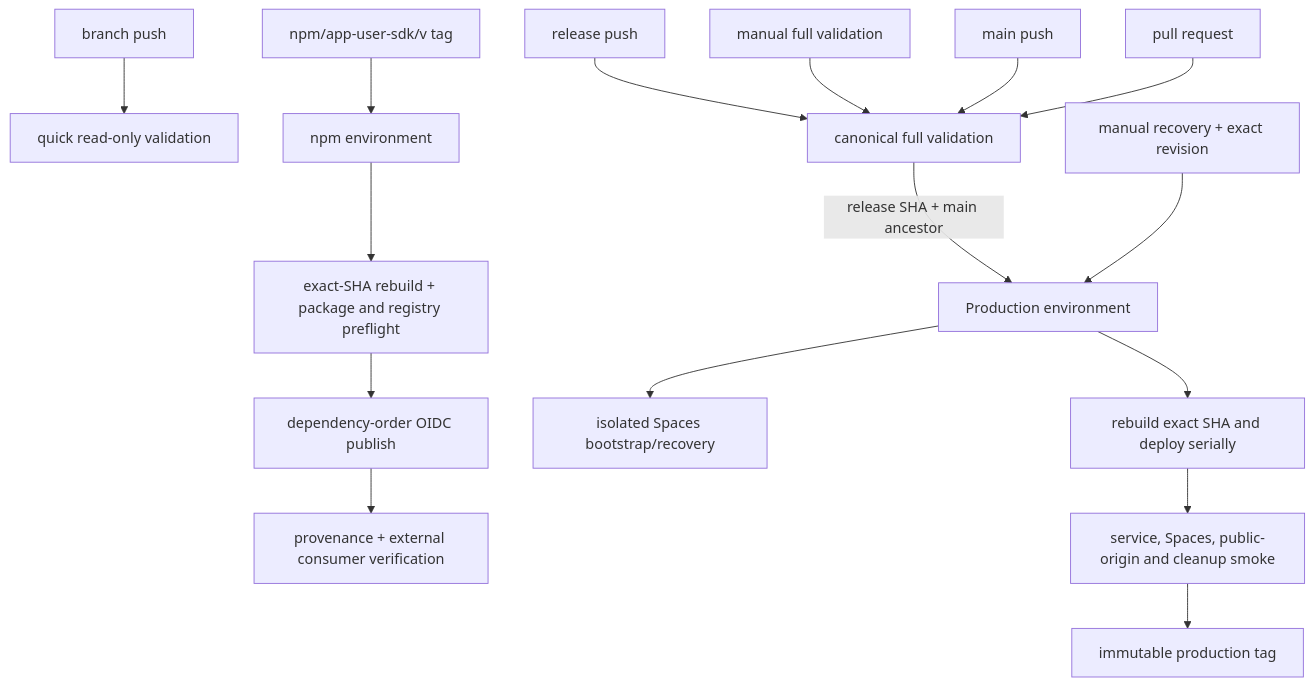
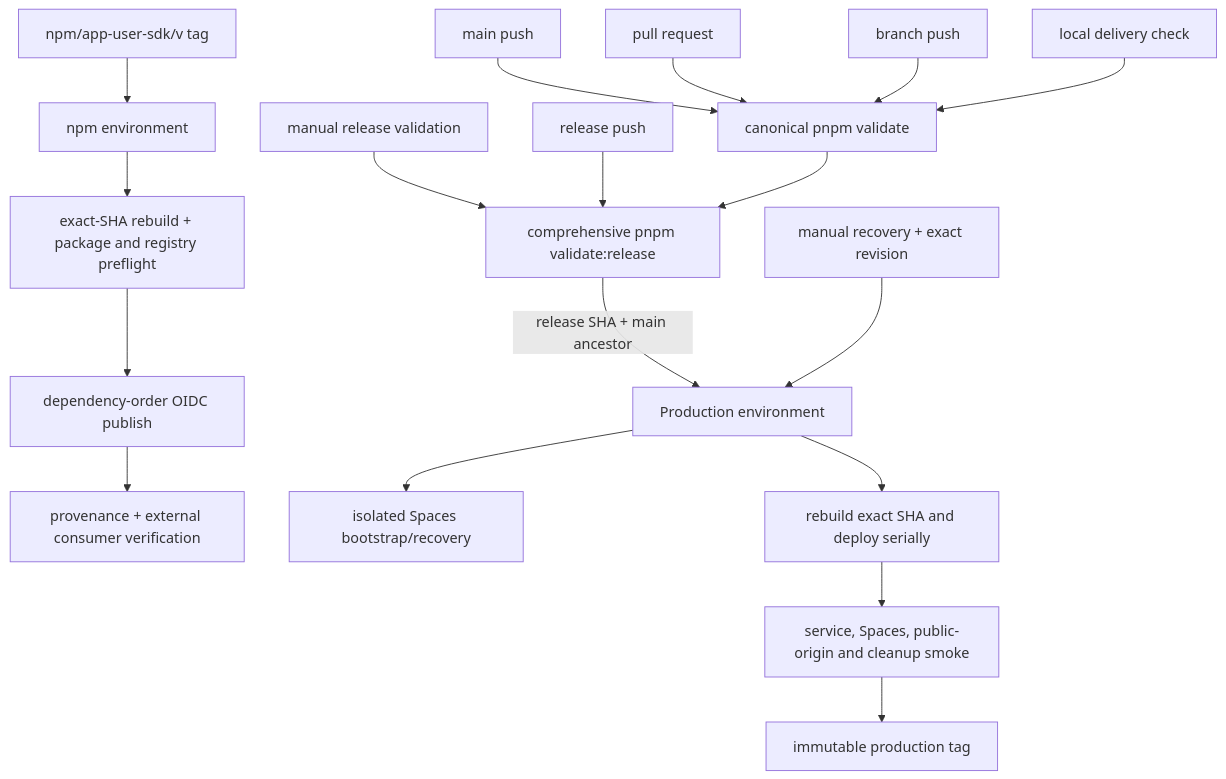
The diagram in tasks/simplify-validation-and-release-workflows/WorkflowArchitectureReview.md (shazhou-ww/unicas), drawn with Mermaid before and after one commit. The commit also changed other lines of this file and 1 other file, not shown here.

Commit message:
docs: unify local and CI validation design

````diff
--- a/tasks/simplify-validation-and-release-workflows/WorkflowArchitectureReview.md
+++ b/tasks/simplify-validation-and-release-workflows/WorkflowArchitectureReview.md
@@ -29,20 +29,22 @@
 ```mermaid
 flowchart TD
-  BP[branch push] --> Q[quick read-only validation]
-  PR[pull request] --> F[canonical full validation]
-  MAIN[main push] --> F
-  MANUAL[manual full validation] --> F
-  REL[release push] --> F
-  F -->|release SHA + main ancestor| PE[Production environment]
+  LOCAL[local delivery check] --> V[canonical pnpm validate]
+  BP[branch push] --> V
+  PR[pull request] --> V
+  MAIN[main push] --> V
+  MANUAL[manual release validation] --> R[comprehensive pnpm validate:release]
+  REL[release push] --> R
+  V --> R
+  R -->|release SHA + main ancestor| PE[Production environment]
   PE --> PD[rebuild exact SHA and deploy serially]
   PD --> PS[service, Spaces, public-origin and cleanup smoke]
   PS --> PT[immutable production tag]
 
   NT[npm/app-user-sdk/v tag] --> NE[npm environment]
   NE --> NV[exact-SHA rebuild + package and registry preflight]
   NV --> NP[dependency-order OIDC publish]
   NP --> NX[provenance + external consumer verification]
 
   REC[manual recovery + exact revision] --> PE
   PE --> RB[isolated Spaces bootstrap/recovery]
 ```
````
